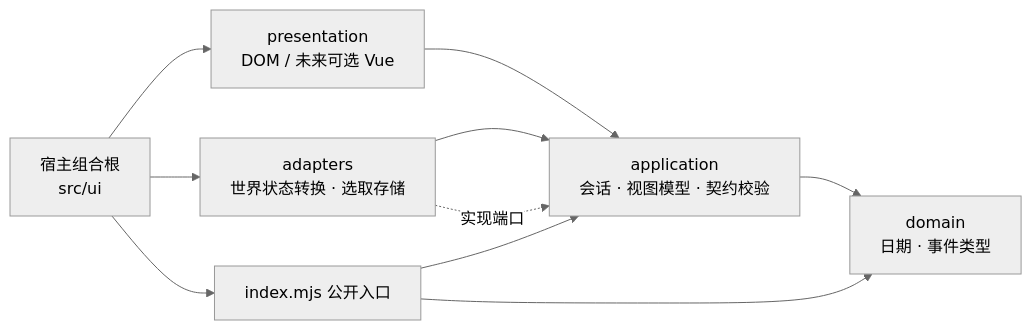
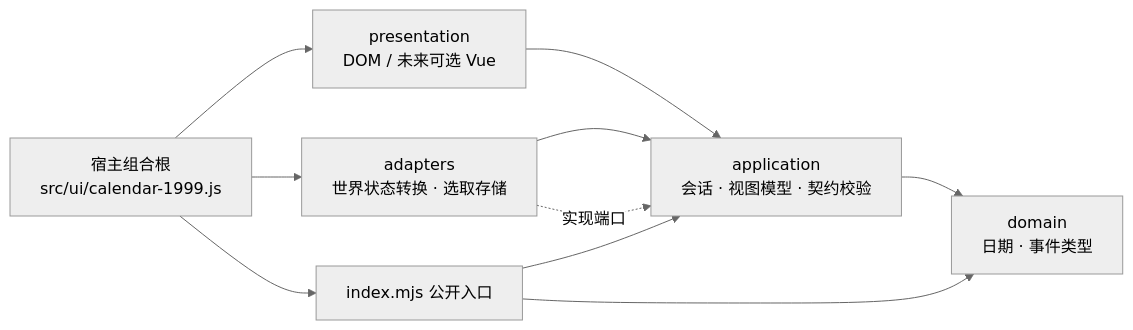
Before and after one commit to Dreamsunqing/1020-pbex-wfcd-zlk: the diagram in 文档/深入/41-1999日历架构决策与契约.md, drawn with Mermaid (neutral theme). The commit also changed other lines of this file and 12 other files, not shown here.

````diff
--- a/文档/深入/41-1999日历架构决策与契约.md
+++ b/文档/深入/41-1999日历架构决策与契约.md
@@ -112,12 +127,12 @@
 ```mermaid
 flowchart LR
   P[presentation<br/>DOM / 未来可选 Vue] --> A[application<br/>会话 · 视图模型 · 契约校验]
   A --> D[domain<br/>日期 · 事件类型]
   AD[adapters<br/>世界状态转换 · 选取存储] --> A
   AD -. 实现端口 .-> A
   I[index.mjs 公开入口] --> A
   I --> D
-  C[宿主组合根<br/>src/ui] --> I
+  C[宿主组合根<br/>src/ui/calendar-1999.js] --> I
   C --> AD
   C --> P
 ```
````
